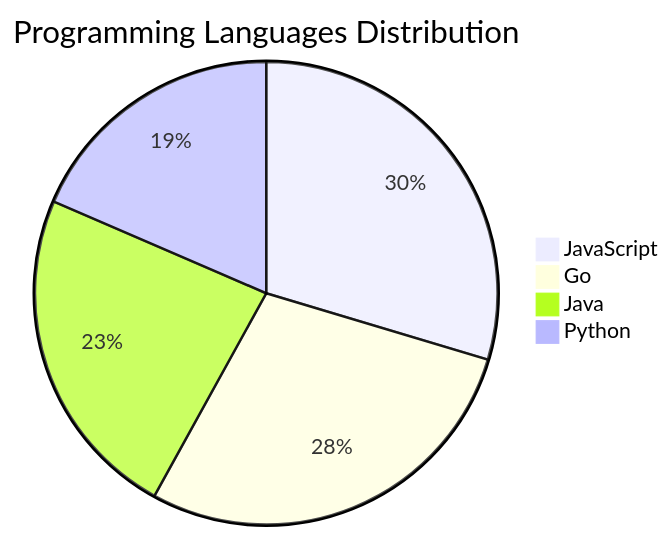
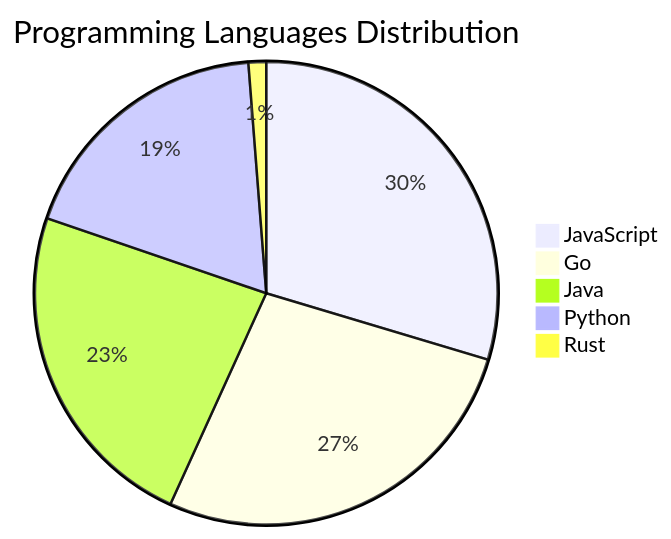
One commit to Derrick-MUGISHA/github-activity-bot changed the diagram in README.md. Above: the diagram before and after it, drawn with Mermaid. The commit also changed other lines of this file and 3 other files, not shown here.

````diff
--- a/README.md
+++ b/README.md
@@ -68,7 +69,8 @@
 ```mermaid
 pie title Programming Languages Distribution
     "JavaScript" : 24
-    "Go" : 23
+    "Go" : 22
     "Java" : 19
     "Python" : 15
+    "Rust" : 1
 ```
````
